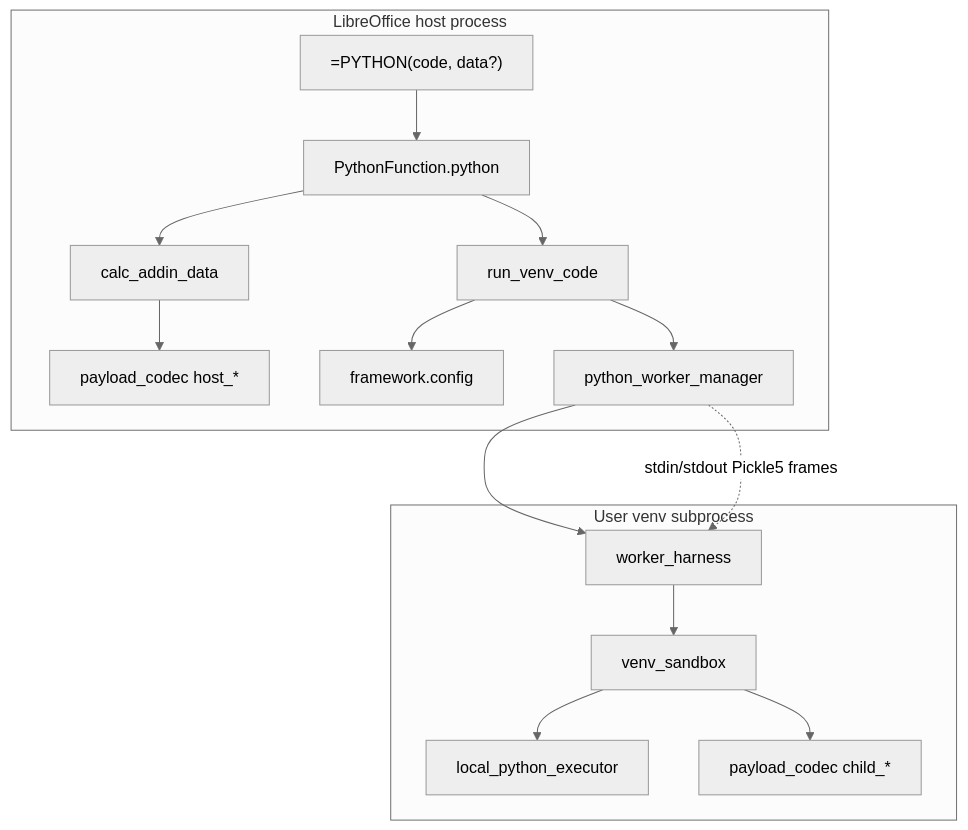
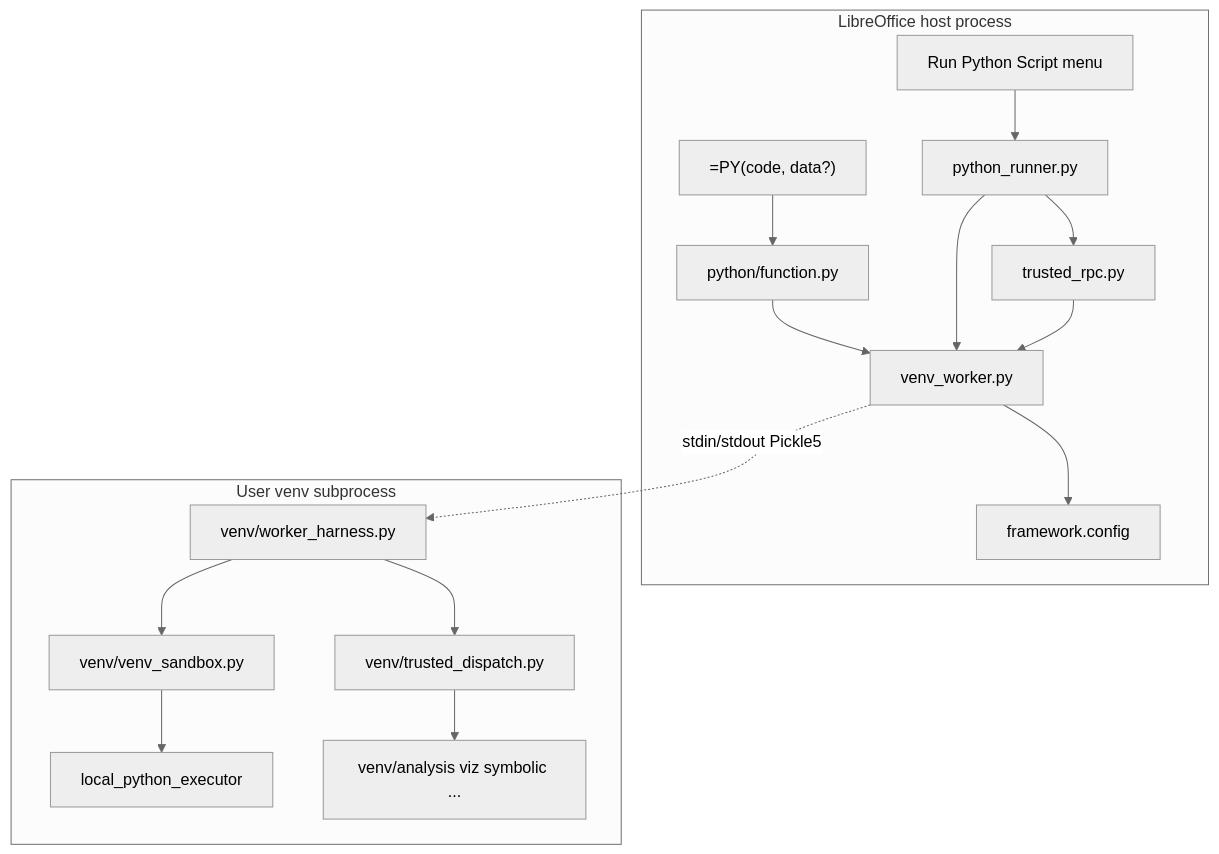
Before and after one commit to KeithCu/writeragent: the second of 9 diagrams in docs/libreoffice-core-python-extension-split.md, drawn with Mermaid (neutral theme). The commit also changed other lines of this file and 12 other files, not shown here.

````diff
--- a/docs/libreoffice-core-python-extension-split.md
+++ b/docs/libreoffice-core-python-extension-split.md
@@ -30,23 +88,26 @@
 ```mermaid
 flowchart TB
   subgraph loHost [LibreOffice host process]
-    PY["=PYTHON(code, data?)"]
-    PF[PythonFunction.python]
-    CAD[calc_addin_data]
-    PC[payload_codec host_*]
-    RVC[run_venv_code]
+    PY["=PY(code, data?)"]
+    RPS[Run Python Script menu]
+    PF[python/function.py]
+    PR[python_runner.py]
+    TR[trusted_rpc.py]
+    VW[venv_worker.py]
     CFG[framework.config]
-    PWM[python_worker_manager]
   end
   subgraph child [User venv subprocess]
-    WH[worker_harness]
-    VS[venv_sandbox]
+    WH[venv/worker_harness.py]
+    TD[venv/trusted_dispatch.py]
+    VS[venv/venv_sandbox.py]
     LPE[local_python_executor]
-    PC2[payload_codec child_*]
+    DOM[venv/analysis viz symbolic ...]
   end
-  PY --> PF --> CAD --> PC
-  PF --> RVC --> CFG
-  RVC --> PWM --> WH --> VS --> LPE
-  VS --> PC2
-  PWM -.->|stdin/stdout Pickle5 frames| WH
+  PY --> PF --> VW
+  RPS --> PR --> VW
+  PR --> TR --> VW
+  VW --> CFG
+  VW -.->|stdin/stdout Pickle5| WH
+  WH --> VS --> LPE
+  WH --> TD --> DOM
 ```
````
